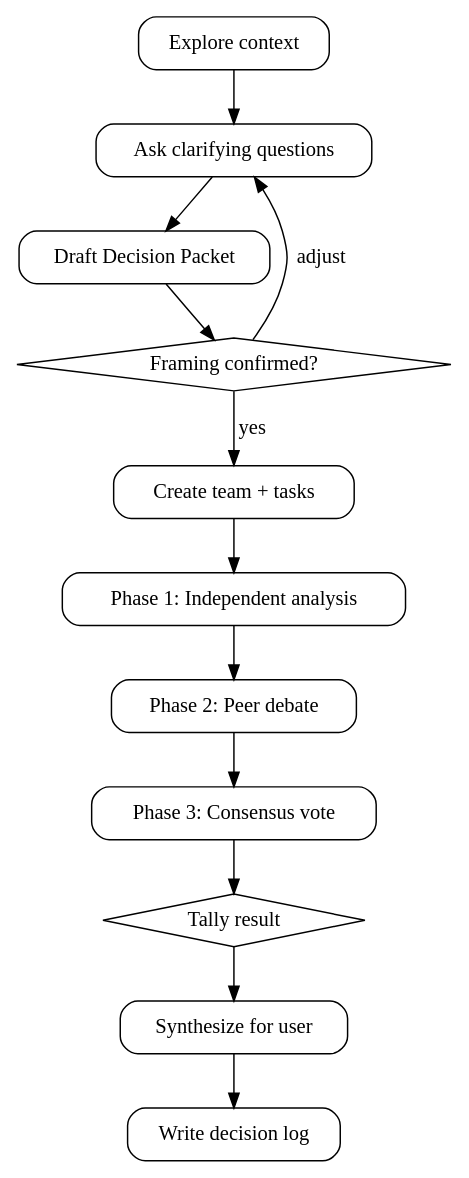
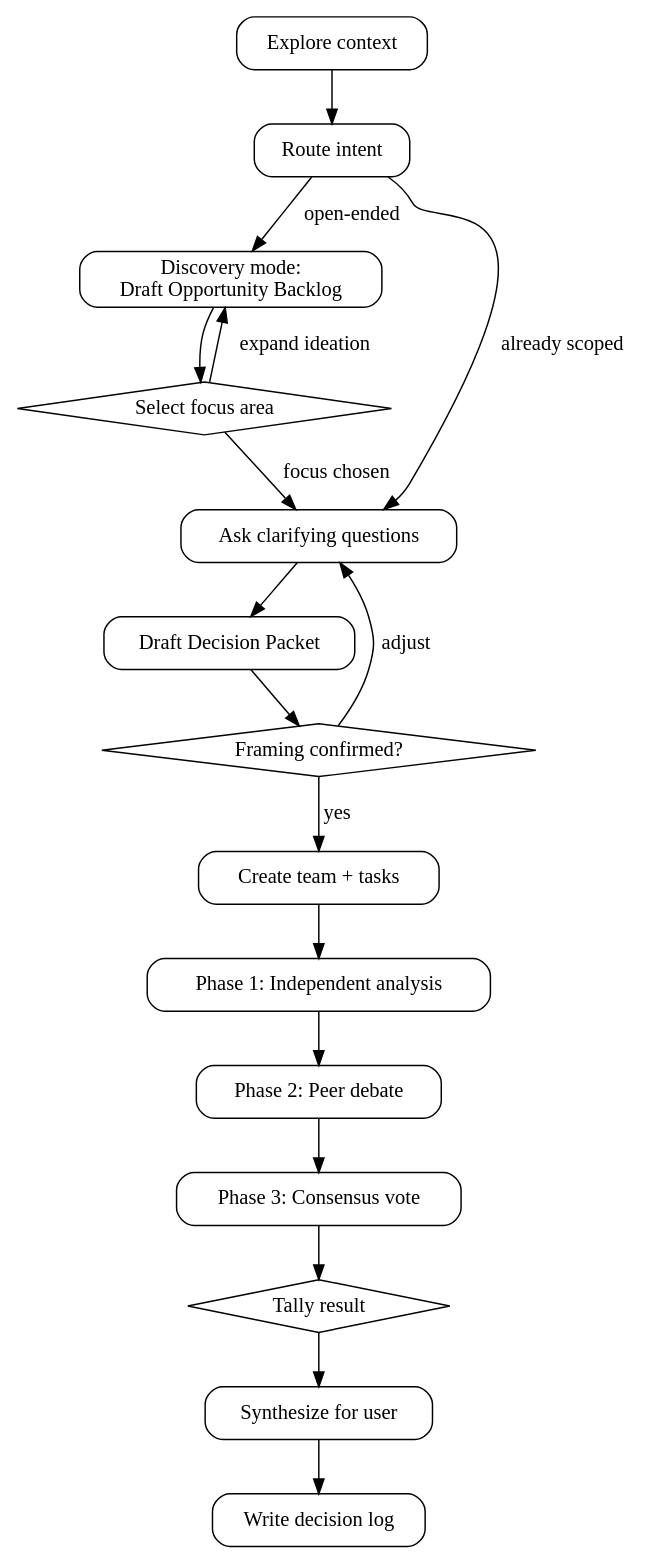
The diagram in skills/magi/SKILL.md (vinta/hal-9000), drawn with Graphviz before and after one commit. The commit also changed other lines of this file, not shown here.

First line of the commit message:
magi: add discovery-first framing for open prompts

````diff
--- a/skills/magi/SKILL.md
+++ b/skills/magi/SKILL.md
@@ -72,25 +86,34 @@
 ```dot
 digraph magi {
     rankdir=TB;
     node [shape=box, style=rounded];
 
     explore [label="Explore context"];
+    route [label="Route intent"];
+    discover [label="Discovery mode:\nDraft Opportunity Backlog"];
+    select [label="Select focus area" shape=diamond style=""];
     clarify [label="Ask clarifying questions"];
     packet [label="Draft Decision Packet"];
     confirm [label="Framing confirmed?" shape=diamond style=""];
     spawn [label="Create team + tasks"];
     analysis [label="Phase 1: Independent analysis"];
     debate [label="Phase 2: Peer debate"];
     vote [label="Phase 3: Consensus vote"];
     tally [label="Tally result" shape=diamond style=""];
     synth [label="Synthesize for user"];
     log [label="Write decision log"];
 
-    explore -> clarify -> packet -> confirm;
+    explore -> route;
+    route -> discover [label="open-ended"];
+    route -> clarify [label="already scoped"];
+    discover -> select;
+    select -> discover [label="expand ideation"];
+    select -> clarify [label="focus chosen"];
+    clarify -> packet -> confirm;
     confirm -> clarify [label="adjust"];
     confirm -> spawn [label="yes"];
     spawn -> analysis -> debate -> vote -> tally;
     tally -> synth;
     synth -> log;
 }
 ```
````
